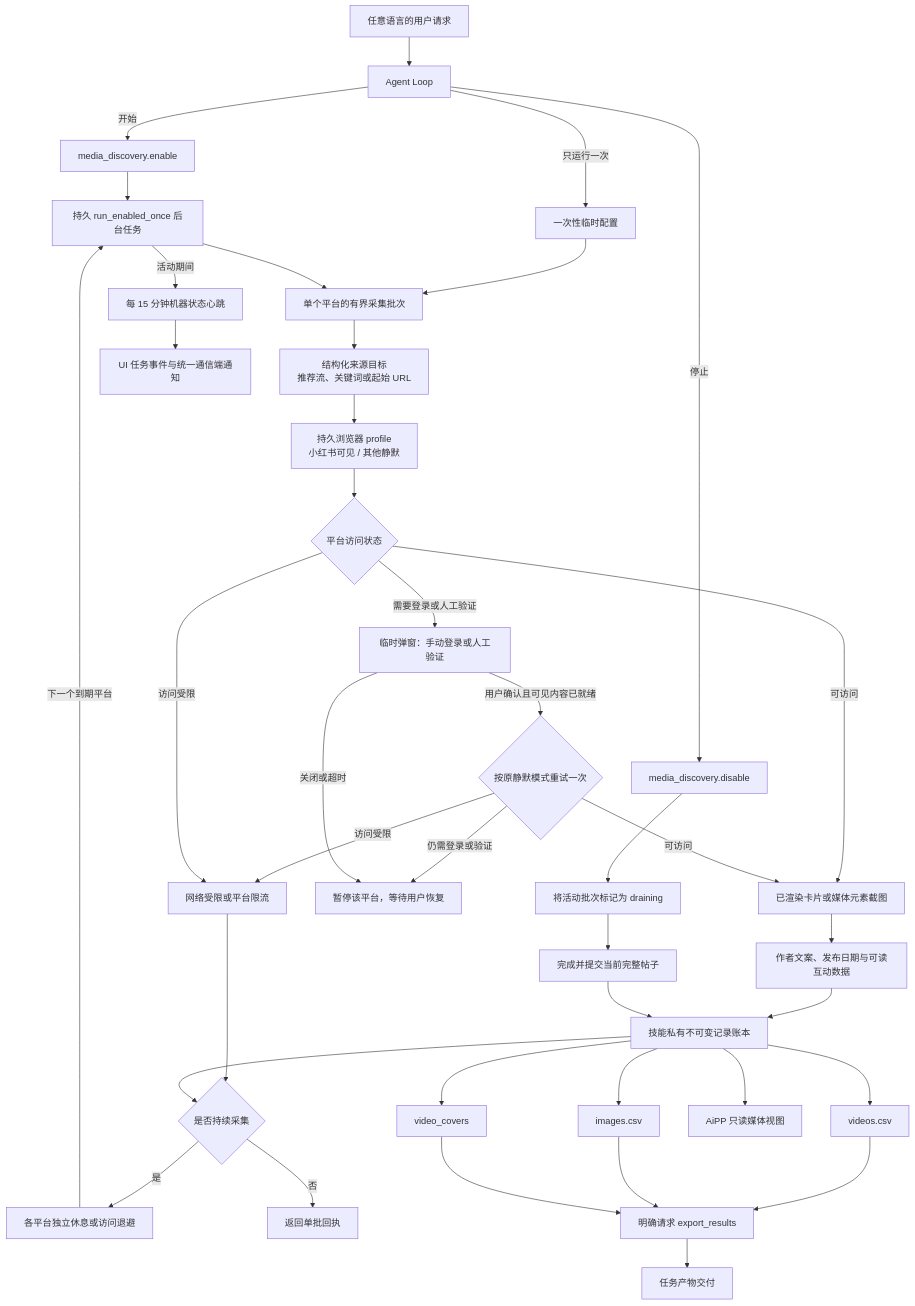
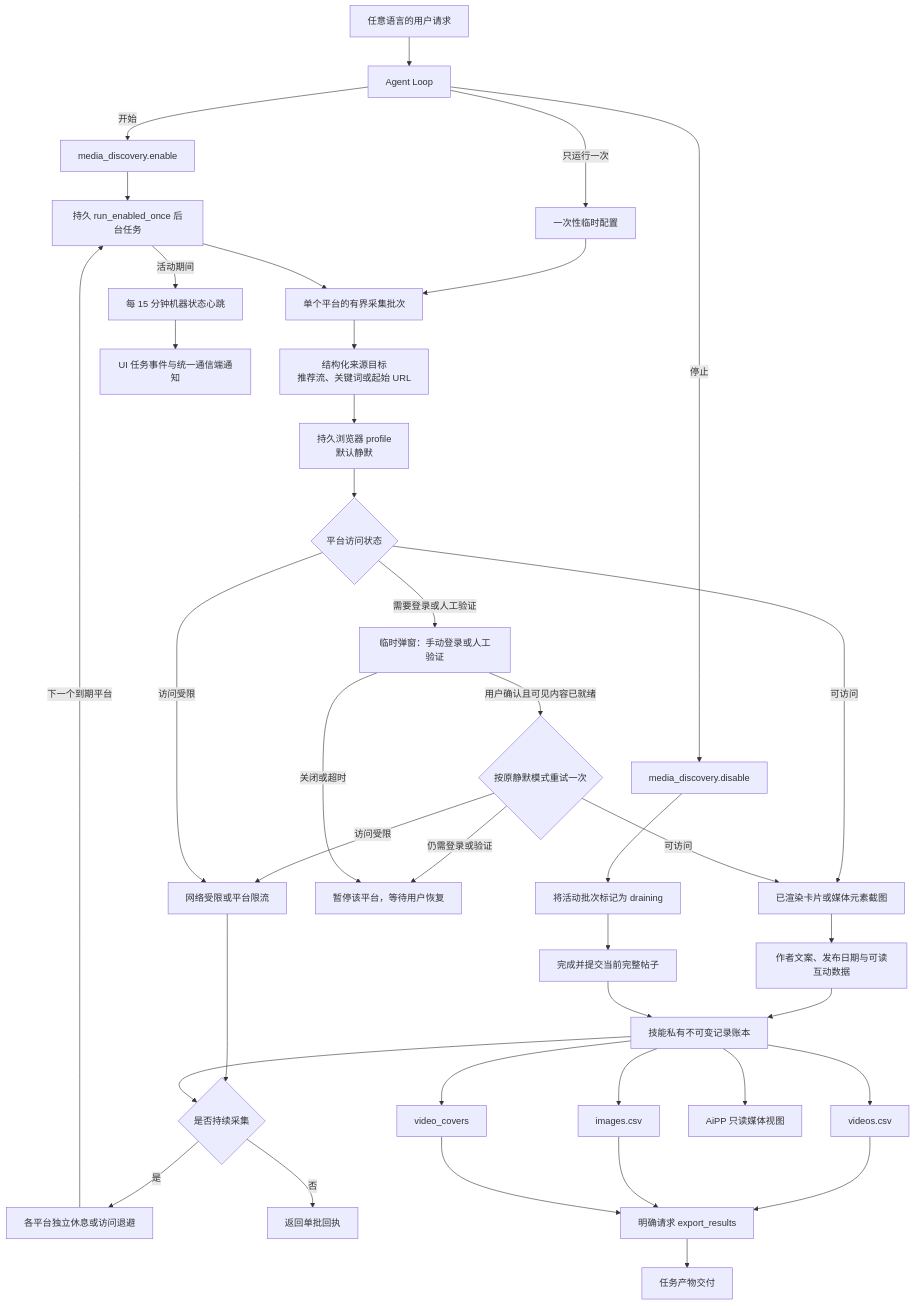
The second of 2 diagrams in docs/architecture/12-media-discovery.zh-CN.md (MatrixCoreX/RustClaw), drawn with Mermaid before and after one commit. The commit also changed other lines of this file and 15 other files, not shown here.

````diff
--- a/docs/architecture/12-media-discovery.zh-CN.md
+++ b/docs/architecture/12-media-discovery.zh-CN.md
@@ -79,59 +79,59 @@
 ```mermaid
 flowchart TD
     U[任意语言的用户请求]
     A[Agent Loop]
     E[media_discovery.enable]
     X[media_discovery.disable]
     R[持久 run_enabled_once 后台任务]
     RB[单个平台的有界采集批次]
     Z[各平台独立休息或访问退避]
     W[一次性临时配置]
     T[结构化来源目标<br/>推荐流、关键词或起始 URL]
     G[将活动批次标记为 draining]
     P[完成并提交当前完整帖子]
-    B[持久浏览器 profile<br/>小红书可见 / 其他静默]
+    B[持久浏览器 profile<br/>默认静默]
     Q{平台访问状态}
     M[临时弹窗：手动登录或人工验证]
     MR{按原静默模式重试一次}
     K[网络受限或平台限流]
     PA[暂停该平台，等待用户恢复]
     END[返回单批回执]
     MODE{是否持续采集}
     C[已渲染卡片或媒体元素截图]
     O[作者文案、发布日期与可读互动数据]
     L[技能私有不可变记录账本]
     V[videos.csv]
     I[images.csv]
     F[video_covers]
     D[任务产物交付]
     EX[明确请求 export_results]
     H[每 15 分钟机器状态心跳]
     N[UI 任务事件与统一通信端通知]
     AP[AiPP 只读媒体视图]
 
     U --> A
     A -->|开始| E
     E --> R
     A -->|只运行一次| W --> RB
     R --> RB
     RB --> T --> B --> Q
     Q -->|可访问| C --> O --> L
     Q -->|需要登录或人工验证| M
     M -->|用户确认且可见内容已就绪| MR
     MR -->|可访问| C
     MR -->|仍需登录或验证| PA
     MR -->|访问受限| K
     M -->|关闭或超时| PA
     Q -->|访问受限| K --> MODE
     L --> MODE
     MODE -->|是| Z -->|下一个到期平台| R
     MODE -->|否| END
     R -->|活动期间| H --> N
     A -->|停止| X
     X --> G --> P --> L
     L --> V --> EX
     L --> I --> EX
     L --> F --> EX
     EX --> D
     L --> AP
 ```
````
